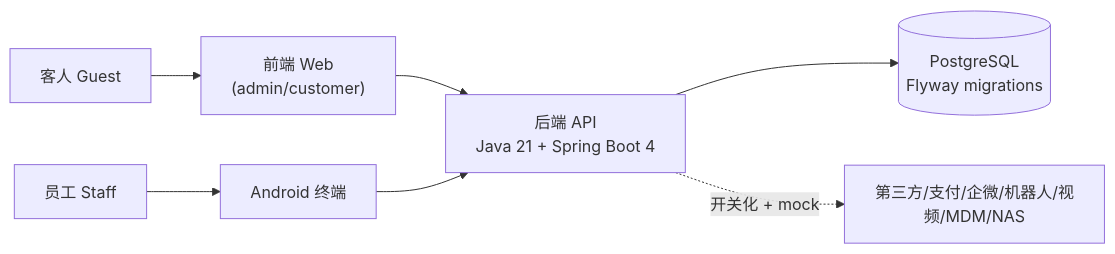
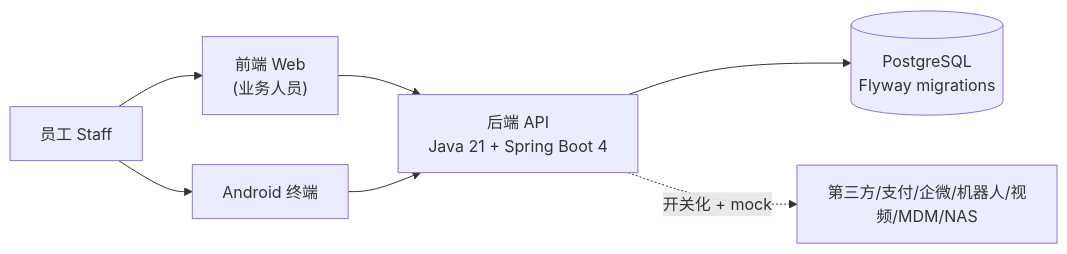
The diagram in README.md (jxh1979/mall), drawn with Mermaid before and after one commit. The commit also changed other lines of this file and 20 other files, not shown here.

````diff
--- a/README.md
+++ b/README.md
@@ -132,9 +133,9 @@
 ```mermaid
 graph LR
-  GUEST["客人 Guest"] --> WEB["前端 Web<br/>(admin/customer)"]
+  STAFF["员工 Staff"] --> WEB["前端 Web<br/>(业务人员)"]
   STAFF["员工 Staff"] --> ANDROID["Android 终端"]
   WEB --> API["后端 API<br/>Java 21 + Spring Boot 4"]
   ANDROID --> API
   API --> DB[("PostgreSQL<br/>Flyway migrations")]
   API -. "开关化 + mock" .-> EXT["第三方/支付/企微/机器人/视频/MDM/NAS"]
 ```
````
